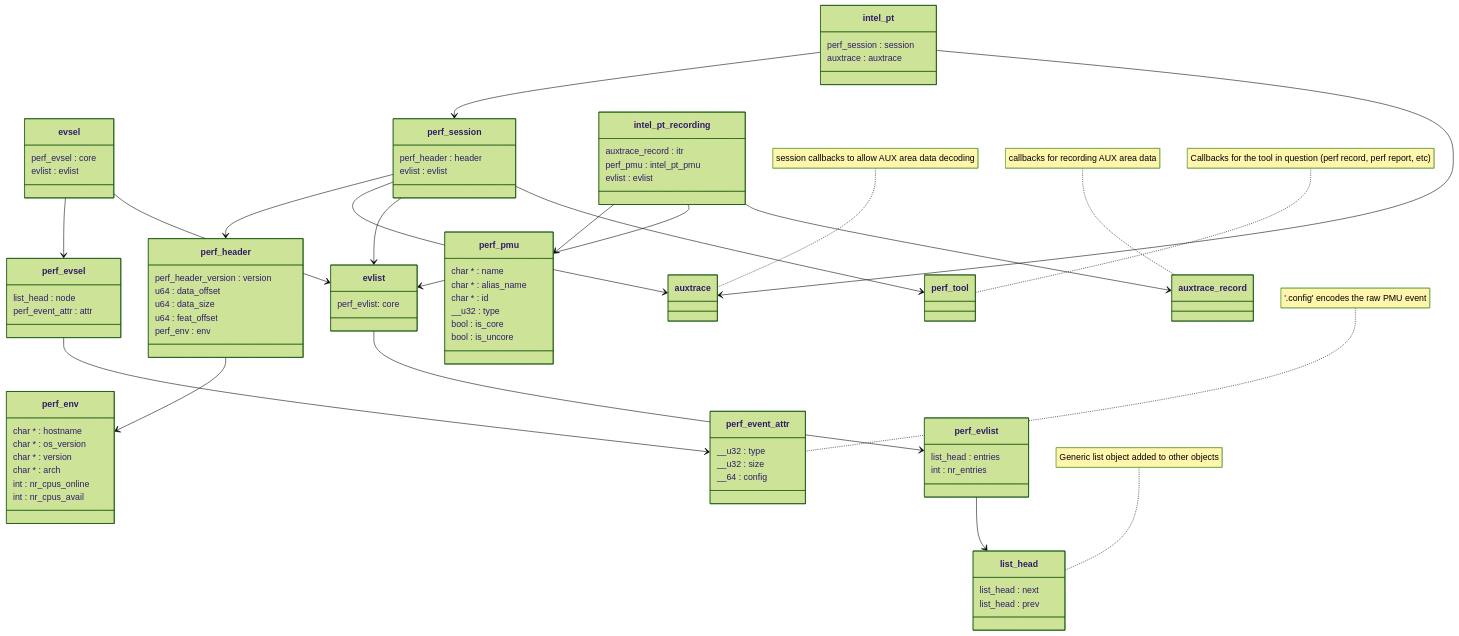
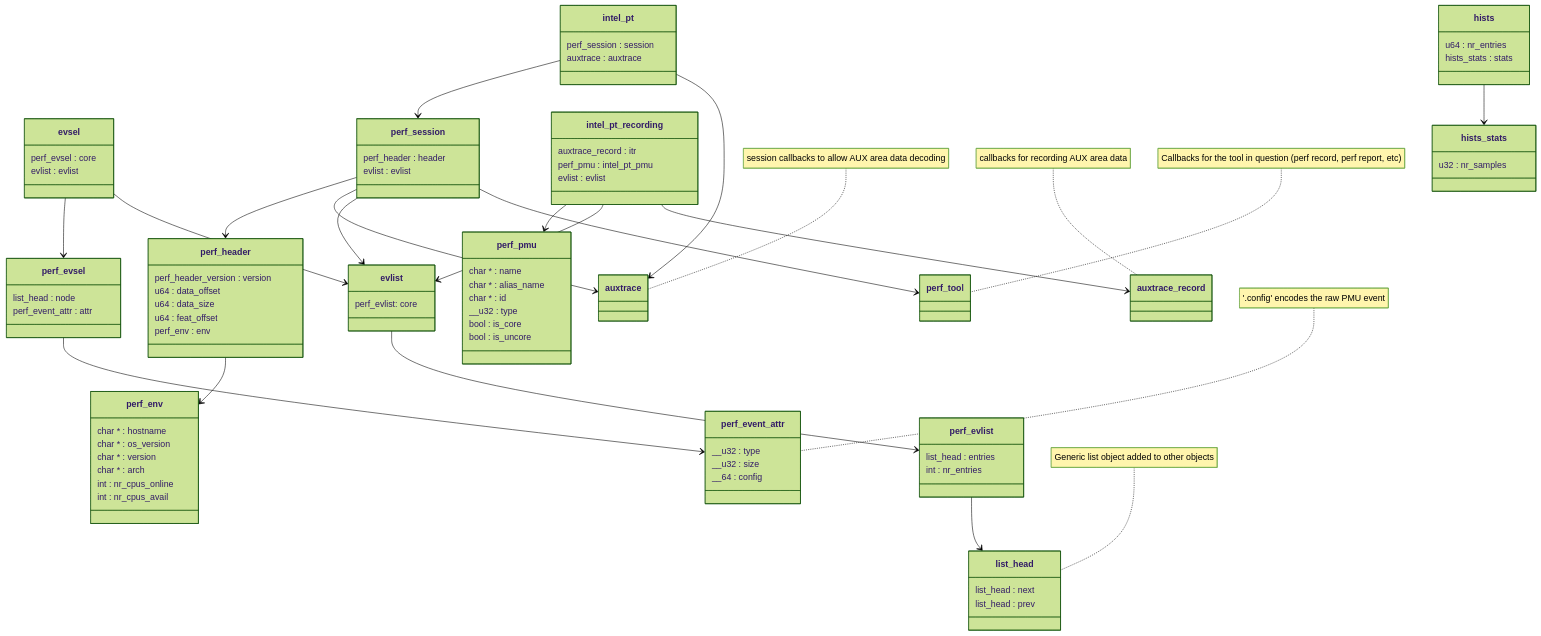
One commit to jamesodhunt/foo changed the diagram in mermaid-classes-2.md. Above: the diagram before and after it, drawn with Mermaid (forest theme).

````diff
--- a/mermaid-classes-2.md
+++ b/mermaid-classes-2.md
@@ -69,6 +69,15 @@
       evlist : evlist
     }
 
+    class hists {
+      u64 : nr_entries
+      hists_stats : stats
+    }
+
+    class hists_stats {
+      u32 : nr_samples
+    }
+
     class auxtrace {
     }
     note for auxtrace "session callbacks to allow AUX area data decoding"
@@ -108,4 +117,5 @@
     intel_pt_recording --> perf_pmu
     intel_pt_recording --> evlist
     intel_pt_recording --> auxtrace_record
+    hists --> hists_stats
 ```
````
